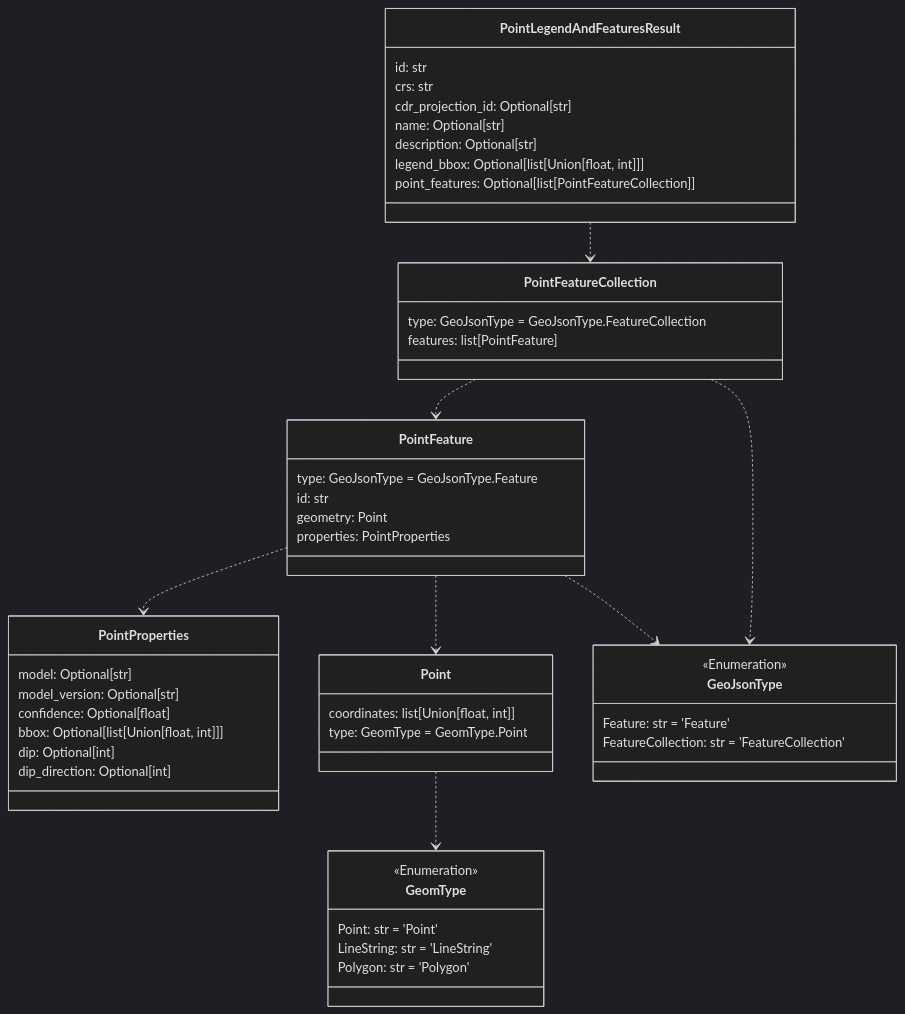
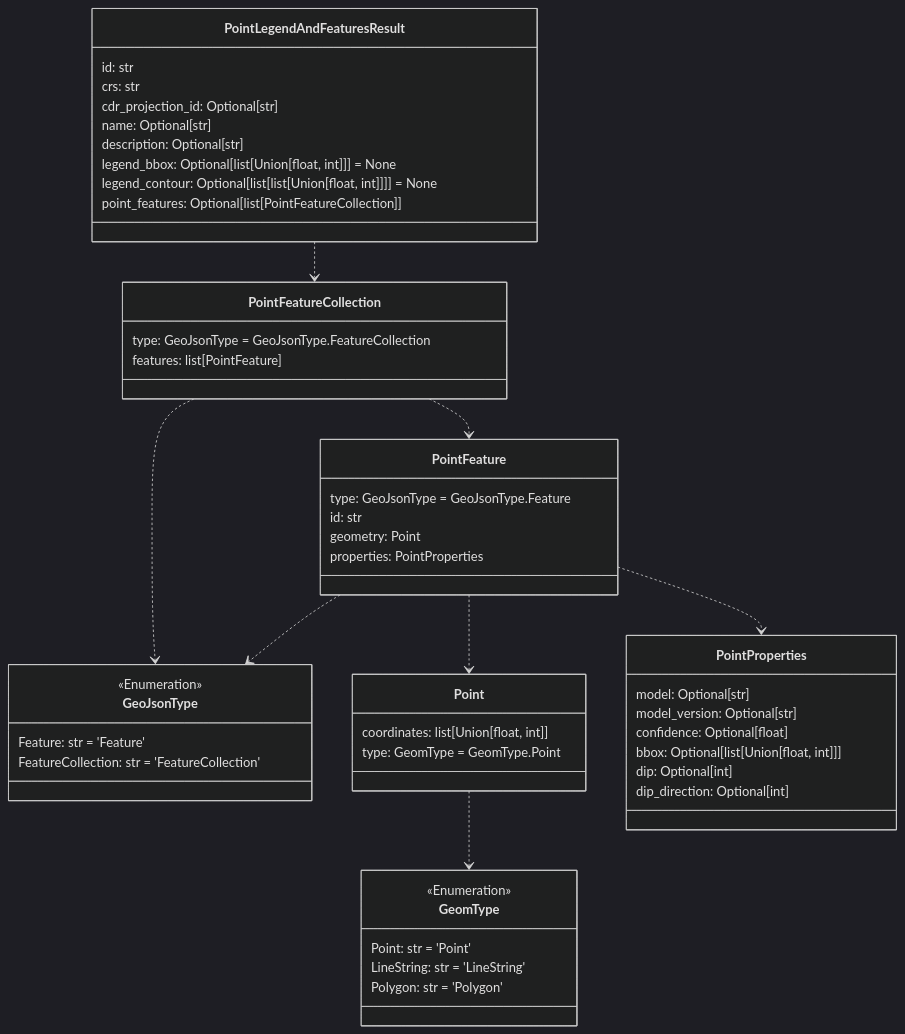
Before and after one commit to DARPA-CRITICALMAAS/cdr_schemas: the fifth of 12 diagrams in README.md, drawn with Mermaid (dark theme). The commit also changed other lines of this file and 3 other files, not shown here.

Commit message:
Updated descriptions of coordinates for polygon, line and point features

````diff
--- a/README.md
+++ b/README.md
@@ -343,62 +345,63 @@
 ```mermaid
 classDiagram
+
+    class GeoJsonType {
+        <<Enumeration>>
+        Feature: str = 'Feature'
+        FeatureCollection: str = 'FeatureCollection'
+    }
+
+    class PointFeature {
+        type: GeoJsonType = GeoJsonType.Feature
+        id: str
+        geometry: Point
+        properties: PointProperties
+    }
+
+    class PointLegendAndFeaturesResult {
+        id: str
+        crs: str
+        cdr_projection_id: Optional[str]
+        name: Optional[str]
+        description: Optional[str]
+        legend_bbox: Optional[list[Union[float, int]]] = None
+        legend_contour: Optional[list[list[Union[float, int]]]] = None
+        point_features: Optional[list[PointFeatureCollection]]
+    }
+
+    class Point {
+        coordinates: list[Union[float, int]]
+        type: GeomType = GeomType.Point
+    }
+
+    class GeomType {
+        <<Enumeration>>
+        Point: str = 'Point'
+        LineString: str = 'LineString'
+        Polygon: str = 'Polygon'
+    }
 
     class PointProperties {
         model: Optional[str]
         model_version: Optional[str]
         confidence: Optional[float]
         bbox: Optional[list[Union[float, int]]]
         dip: Optional[int]
         dip_direction: Optional[int]
     }
 
-    class PointFeature {
-        type: GeoJsonType = GeoJsonType.Feature
-        id: str
-        geometry: Point
-        properties: PointProperties
-    }
-
-    class Point {
-        coordinates: list[Union[float, int]]
-        type: GeomType = GeomType.Point
-    }
-
     class PointFeatureCollection {
         type: GeoJsonType = GeoJsonType.FeatureCollection
         features: list[PointFeature]
     }
 
-    class PointLegendAndFeaturesResult {
-        id: str
-        crs: str
-        cdr_projection_id: Optional[str]
-        name: Optional[str]
-        description: Optional[str]
-        legend_bbox: Optional[list[Union[float, int]]]
-        point_features: Optional[list[PointFeatureCollection]]
-    }
-
-    class GeomType {
-        <<Enumeration>>
-        Point: str = 'Point'
-        LineString: str = 'LineString'
-        Polygon: str = 'Polygon'
-    }
-
-    class GeoJsonType {
-        <<Enumeration>>
-        Feature: str = 'Feature'
-        FeatureCollection: str = 'FeatureCollection'
-    }
-
     Point ..> GeomType
     PointFeature ..> Point
+    PointFeature ..> GeoJsonType
     PointFeature ..> PointProperties
-    PointFeature ..> GeoJsonType
+    PointFeatureCollection ..> GeoJsonType
     PointFeatureCollection ..> PointFeature
-    PointFeatureCollection ..> GeoJsonType
     PointLegendAndFeaturesResult ..> PointFeatureCollection
 
 
 ```
````
